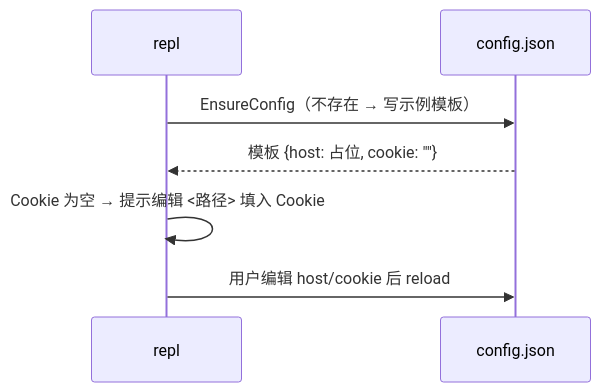
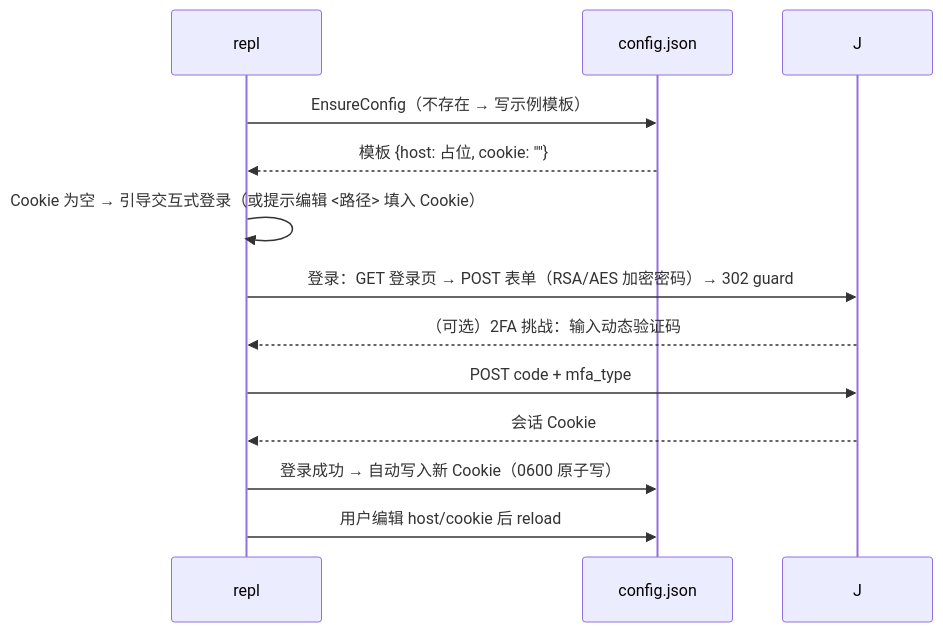
The fourth of 6 diagrams in docs/design/2026-08-13-reedferry-design.md (xuelingkang/reedferry), drawn with Mermaid before and after one commit. The commit also changed other lines of this file and 8 other files, not shown here.

````diff
--- a/docs/design/2026-08-13-reedferry-design.md
+++ b/docs/design/2026-08-13-reedferry-design.md
@@ -218,9 +231,14 @@
   ```mermaid
   sequenceDiagram
       participant R as repl
       participant F as config.json
       R->>F: EnsureConfig（不存在 → 写示例模板）
       F-->>R: 模板 {host: 占位, cookie: ""}
-      R->>R: Cookie 为空 → 提示编辑 <路径> 填入 Cookie
+      R->>R: Cookie 为空 → 引导交互式登录（或提示编辑 <路径> 填入 Cookie）
+      R->>J: 登录：GET 登录页 → POST 表单（RSA/AES 加密密码）→ 302 guard
+      J-->>R: （可选）2FA 挑战：输入动态验证码
+      R->>J: POST code + mfa_type
+      J-->>R: 会话 Cookie
+      R->>F: 登录成功 → 自动写入新 Cookie（0600 原子写）
       R->>F: 用户编辑 host/cookie 后 reload
   ```
````
